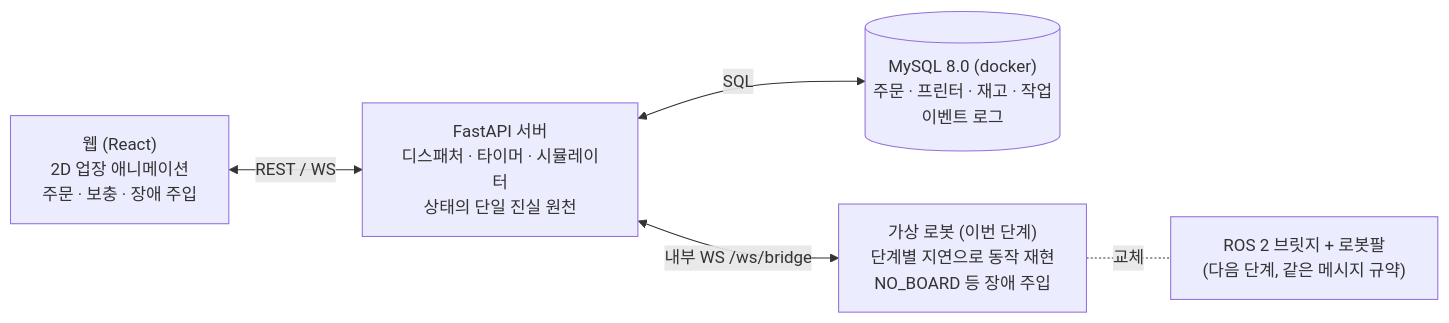
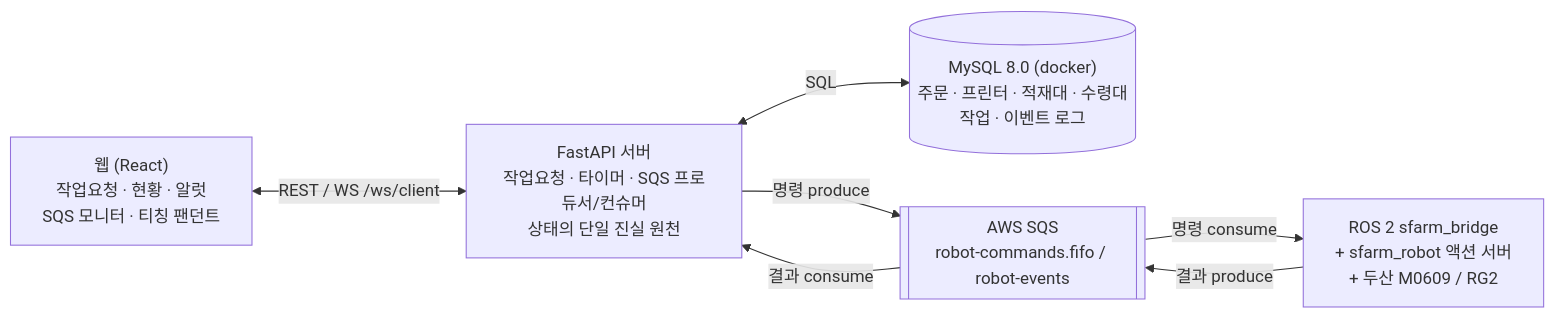
The first of 2 diagrams in assets/docs/prd.md (baeksewoong/genghiskan_ros2), drawn with Mermaid before and after one commit. The commit also changed other lines of this file and 89 other files, not shown here.

````diff
--- a/assets/docs/prd.md
+++ b/assets/docs/prd.md
@@ -44,13 +41,15 @@
 ```mermaid
 flowchart LR
-    Web["웹 (React)<br/>2D 업장 애니메이션<br/>주문 · 보충 · 장애 주입"]
-    Server["FastAPI 서버<br/>디스패처 · 타이머 · 시뮬레이터<br/>상태의 단일 진실 원천"]
-    DB[("MySQL 8.0 (docker)<br/>주문 · 프린터 · 재고 · 작업<br/>이벤트 로그")]
-    VR["가상 로봇 (이번 단계)<br/>단계별 지연으로 동작 재현<br/>NO_BOARD 등 장애 주입"]
-    ROS["ROS 2 브릿지 + 로봇팔<br/>(다음 단계, 같은 메시지 규약)"]
+    Web["웹 (React)<br/>작업요청 · 현황 · 알럿<br/>SQS 모니터 · 티칭 팬던트"]
+    Server["FastAPI 서버<br/>작업요청 · 타이머 · SQS 프로듀서/컨슈머<br/>상태의 단일 진실 원천"]
+    DB[("MySQL 8.0 (docker)<br/>주문 · 프린터 · 적재대 · 수령대<br/>작업 · 이벤트 로그")]
+    SQS[["AWS SQS<br/>robot-commands.fifo / robot-events"]]
+    ROS["ROS 2 sfarm_bridge<br/>+ sfarm_robot 액션 서버<br/>+ 두산 M0609 / RG2"]
 
-    Web <-- "REST / WS" --> Server
+    Web <-- "REST / WS /ws/client" --> Server
     Server <-- "SQL" --> DB
-    Server <-- "내부 WS /ws/bridge" --> VR
-    VR -. "교체" .- ROS
+    Server -- "명령 produce" --> SQS
+    SQS -- "명령 consume" --> ROS
+    ROS -- "결과 produce" --> SQS
+    SQS -- "결과 consume" --> Server
 ```
````
